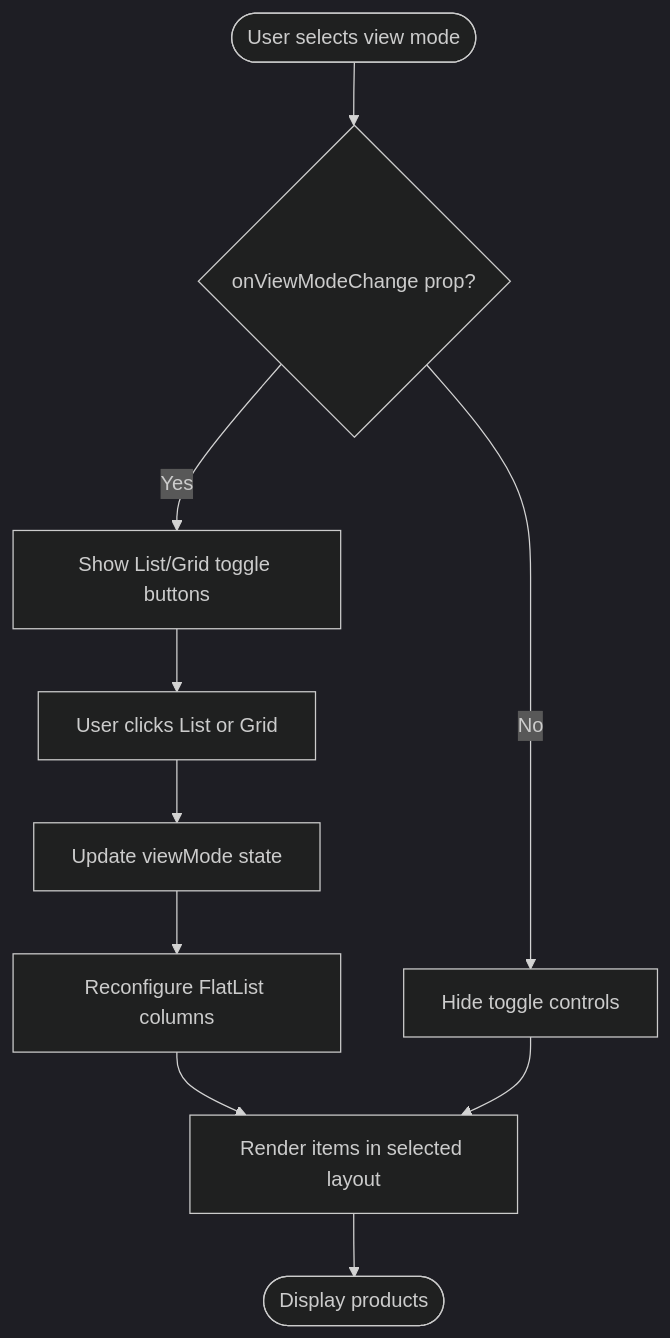
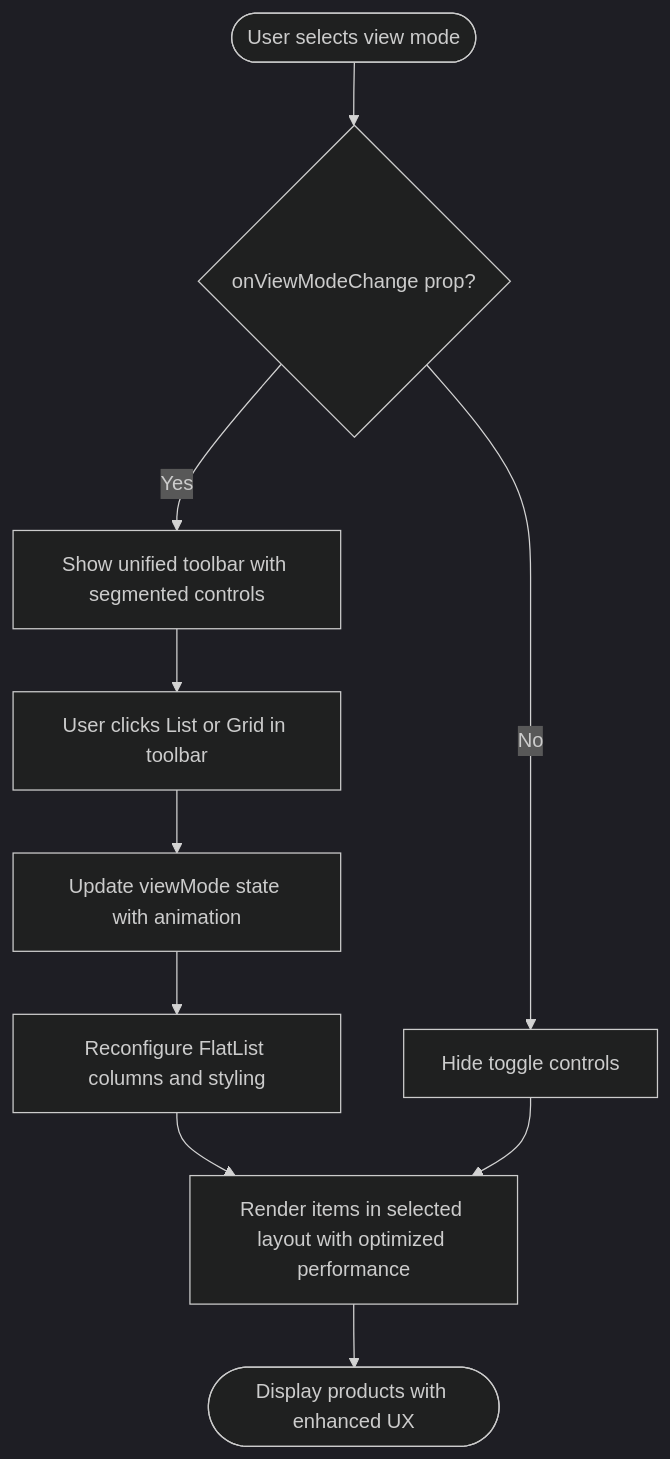
Before and after one commit to Muhammad-Masood/tijarah-ai-app: the third of 10 diagrams in .qoder/repowiki/en/content/Product Management/Product Catalog & Browsing.md, drawn with Mermaid (dark theme). The commit also changed other lines of this file and 18 other files, not shown here.

````diff
--- a/.qoder/repowiki/en/content/Product Management/Product Catalog & Browsing.md
+++ b/.qoder/repowiki/en/content/Product Management/Product Catalog & Browsing.md
@@ -191,12 +192,12 @@
 ```mermaid
 flowchart TD
 Start(["User selects view mode"]) --> CheckProps{"onViewModeChange prop?"}
-CheckProps --> |Yes| ShowToggle["Show List/Grid toggle buttons"]
-CheckProps --> |No| HideToggle["Hide toggle controls"]
-ShowToggle --> UserAction["User clicks List or Grid"]
-UserAction --> UpdateState["Update viewMode state"]
-UpdateState --> Reconfigure["Reconfigure FlatList columns"]
-Reconfigure --> RenderItems["Render items in selected layout"]
-HideToggle --> RenderItems
-RenderItems --> End(["Display products"])
+CheckProps --> |Yes| ShowToolbar["Show unified toolbar with segmented controls"]
+CheckProps --> |No| HideControls["Hide toggle controls"]
+ShowToolbar --> UserAction["User clicks List or Grid in toolbar"]
+UserAction --> UpdateState["Update viewMode state with animation"]
+UpdateState --> Reconfigure["Reconfigure FlatList columns and styling"]
+Reconfigure --> RenderItems["Render items in selected layout with optimized performance"]
+HideControls --> RenderItems
+RenderItems --> End(["Display products with enhanced UX"])
 ```
````
